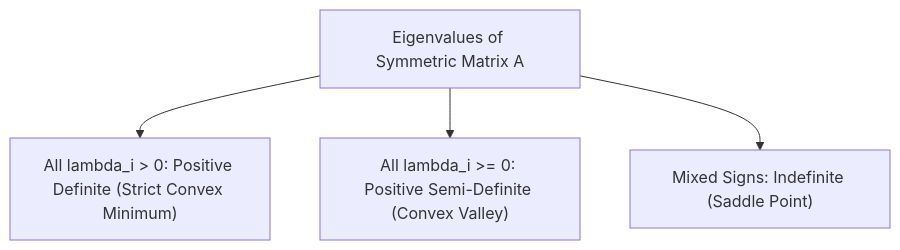
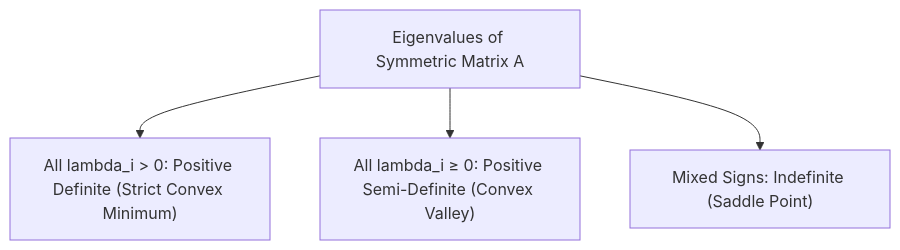
Before and after one commit to YatishGowda09/Sem-3-CSE-Notes: the second of 2 diagrams in Maths/Unit 2/L08 - Symmetric Matrices and the Spectral Theorem.md, drawn with Mermaid. The commit also changed 70 other files, not shown here.

First line of the commit message:
Fix Mermaid diagram syntax for GitHub rendering compatibility

````diff
--- a/Maths/Unit 2/L08 - Symmetric Matrices and the Spectral Theorem.md
+++ b/Maths/Unit 2/L08 - Symmetric Matrices and the Spectral Theorem.md
@@ -160,6 +160,6 @@
 ```mermaid
 flowchart TD
-    EIG["Eigenvalues of Symmetric Matrix A"] --> ALLPOS["All lambda_i > 0: Positive Definite (Strict Convex Minimum)"]
-    EIG --> NONNEG["All lambda_i >= 0: Positive Semi-Definite (Convex Valley)"]
+    EIG["Eigenvalues of Symmetric Matrix A"] --> ALLPOS["All lambda_i &gt; 0: Positive Definite (Strict Convex Minimum)"]
+    EIG --> NONNEG["All lambda_i &ge; 0: Positive Semi-Definite (Convex Valley)"]
     EIG --> MIXED["Mixed Signs: Indefinite (Saddle Point)"]
 ```
````
